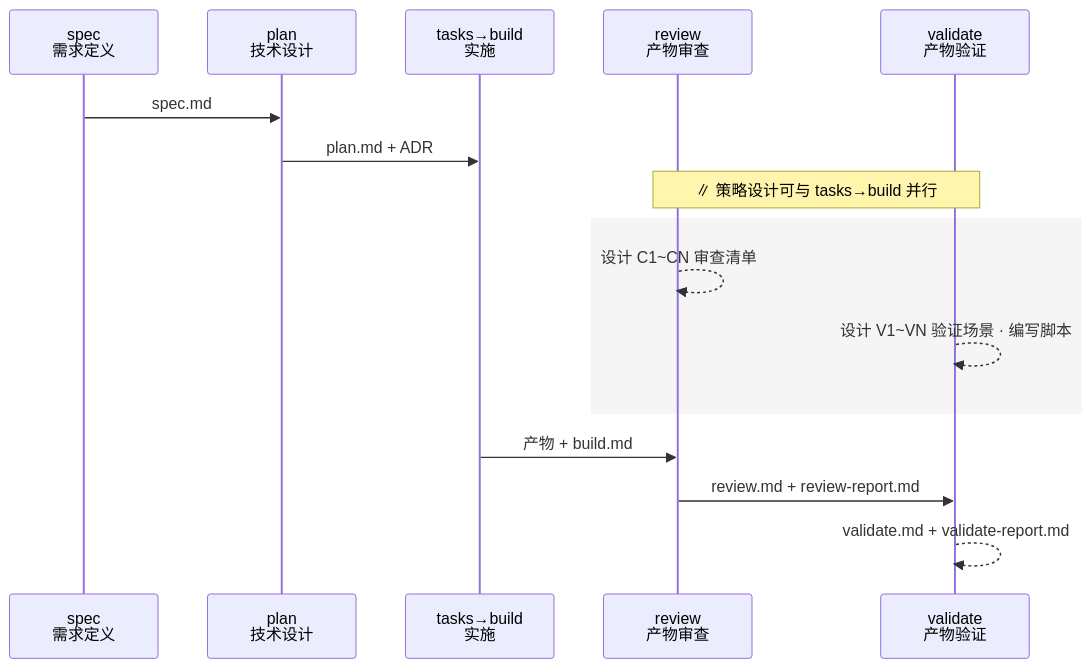
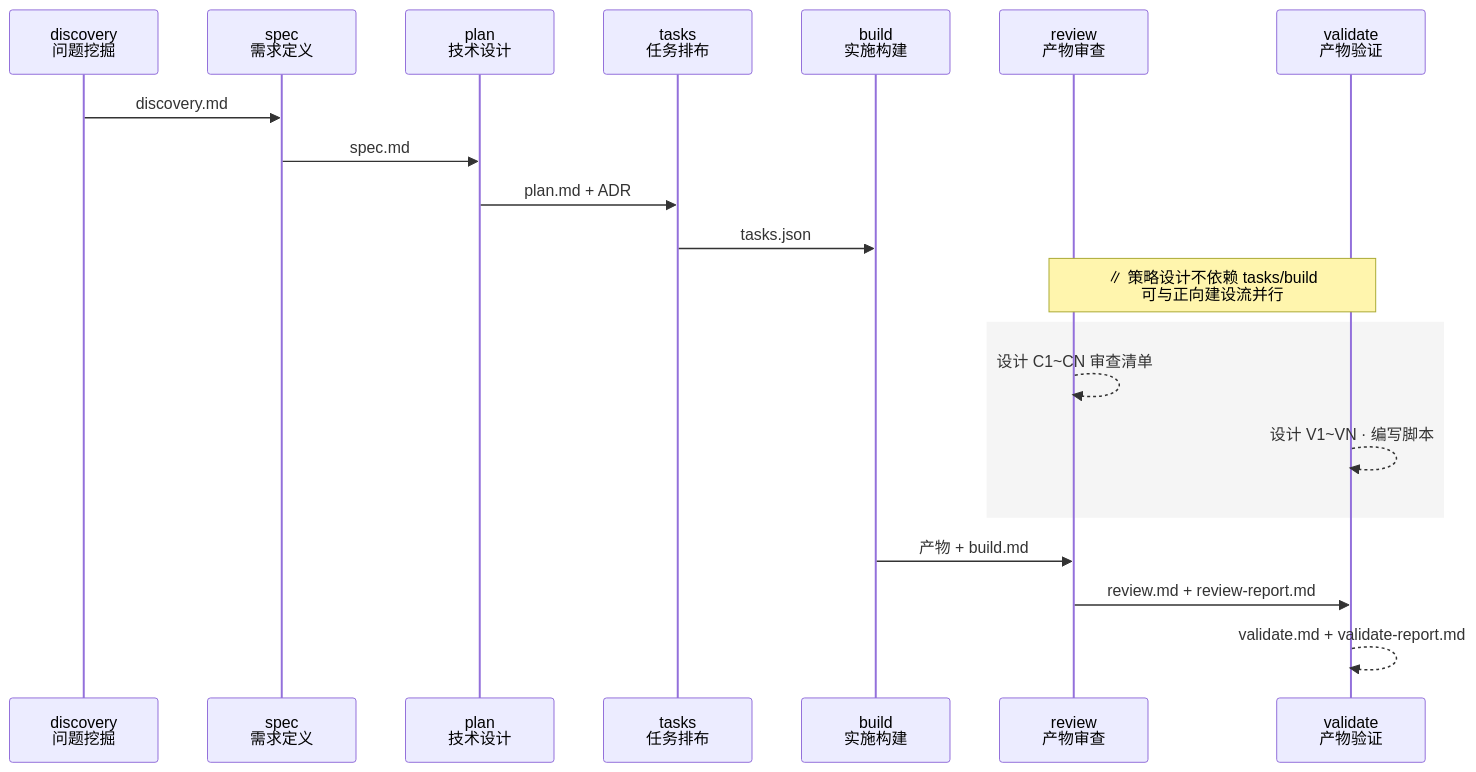
Before and after one commit to THZSummer/sddu: the diagram in .sddu/specs-tree-root/specs-tree-agent-scope-realignment/plan.md, drawn with Mermaid.

Commit message:
fix(plan): split tasks/build lifelines, add discovery to §2.7 sequence diagram

````diff
--- a/.sddu/specs-tree-root/specs-tree-agent-scope-realignment/plan.md
+++ b/.sddu/specs-tree-root/specs-tree-agent-scope-realignment/plan.md
@@ -113,23 +113,27 @@
 ```mermaid
 sequenceDiagram
+    participant D as discovery<br/>问题挖掘
     participant S as spec<br/>需求定义
     participant P as plan<br/>技术设计
-    participant TB as tasks→build<br/>实施
+    participant TK as tasks<br/>任务排布
+    participant B as build<br/>实施构建
     participant R as review<br/>产物审查
     participant V as validate<br/>产物验证
 
+    D->>S: discovery.md
     S->>P: spec.md
-    P->>TB: plan.md + ADR
+    P->>TK: plan.md + ADR
+    TK->>B: tasks.json
     
-    Note over R,V: ∥ 策略设计可与 tasks→build 并行
+    Note over R,V: ∥ 策略设计不依赖 tasks/build<br/>可与正向建设流并行
     
     rect rgb(245, 245, 245)
         R-->>R: 设计 C1~CN 审查清单
-        V-->>V: 设计 V1~VN 验证场景 · 编写脚本
+        V-->>V: 设计 V1~VN · 编写脚本
     end
     
-    TB->>R: 产物 + build.md
+    B->>R: 产物 + build.md
     
     R->>V: review.md + review-report.md
     V-->>V: validate.md + validate-report.md
 ```
````
